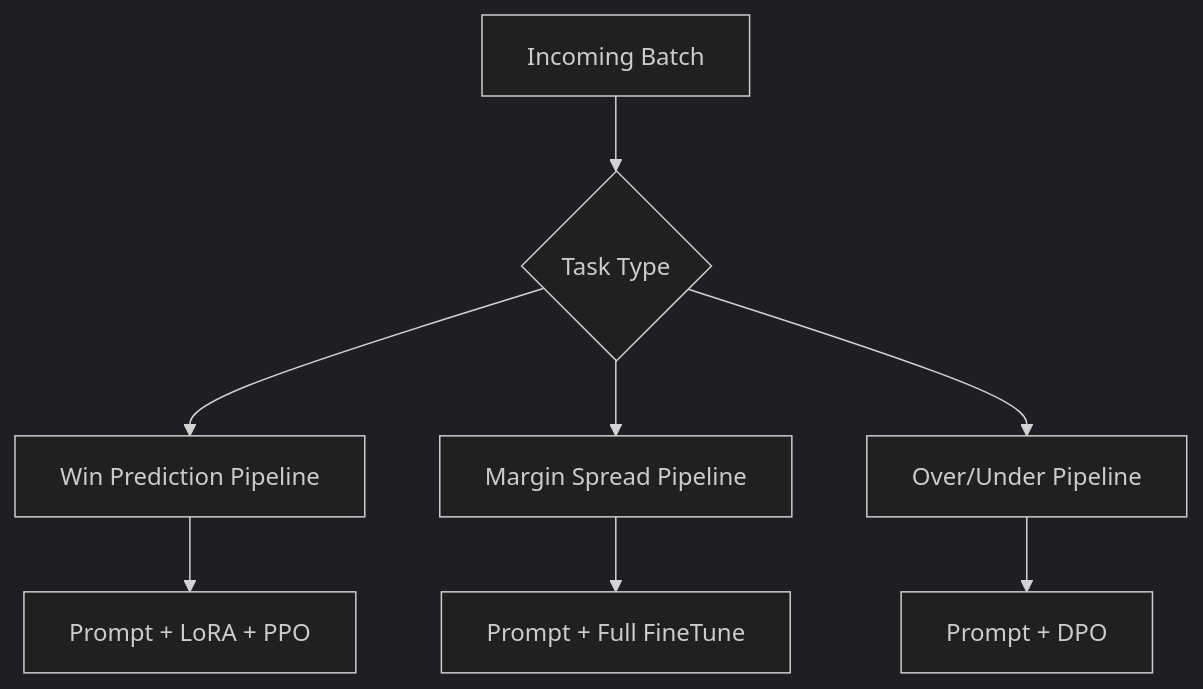
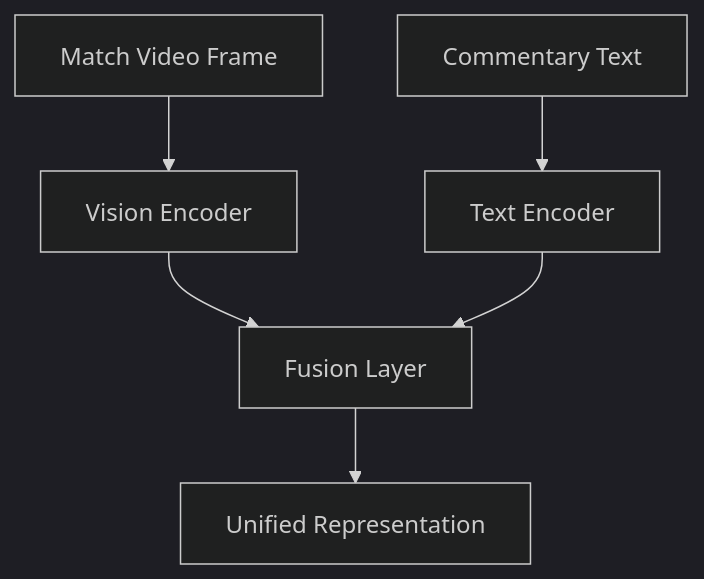
Before and after one commit to VegaisMVP/AI-prediction-model-research: the third of 6 diagrams in 03_training_pipeline.md, drawn with Mermaid (dark theme). The commit also changed other lines of this file, not shown here.

````diff
--- a/03_training_pipeline.md
+++ b/03_training_pipeline.md
@@ -41,10 +109,8 @@
 ```mermaid
 graph TD
-    A[Incoming Batch] --> B{Task Type}
-    B --> C1[Win Prediction Pipeline]
-    B --> C2[Margin Spread Pipeline]
-    B --> C3[Over/Under Pipeline]
-    C1 --> D1[Prompt + LoRA + PPO]
-    C2 --> D2[Prompt + Full FineTune]
-    C3 --> D3[Prompt + DPO]
+    A[Match Video Frame] --> B[Vision Encoder]
+    C[Commentary Text] --> D[Text Encoder]
+    B --> E[Fusion Layer]
+    D --> E
+    E --> F[Unified Representation]
 ```
````
